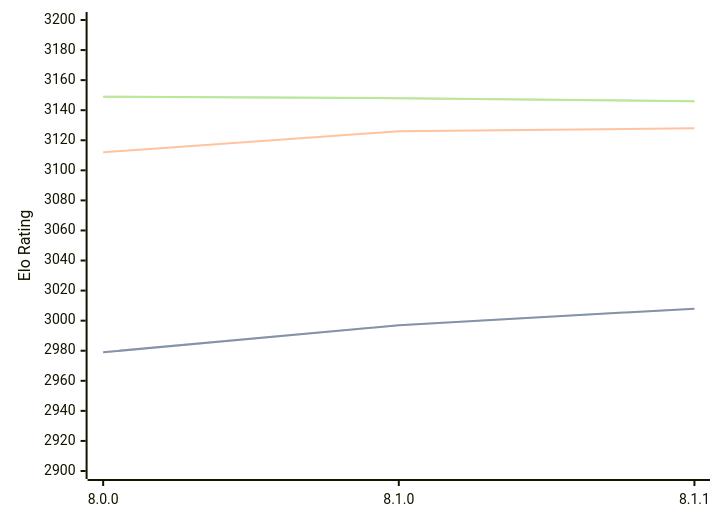
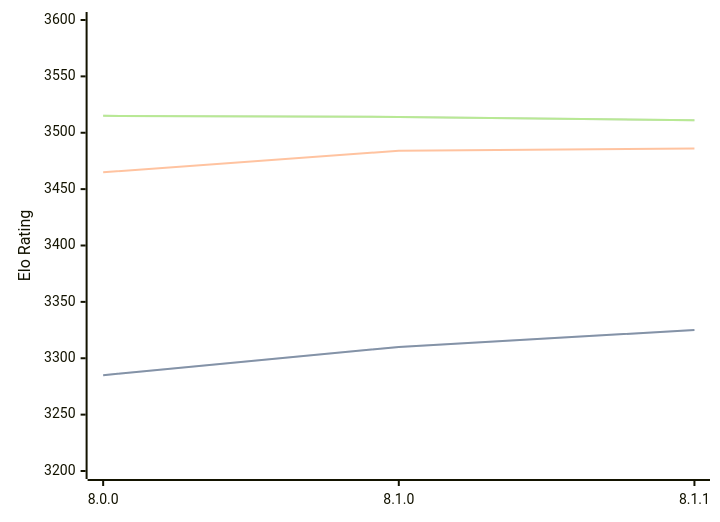
One commit to computer-chess-index/cci changed the diagram in engines/Velvet.md. Above: the diagram before and after it, drawn with Mermaid. The commit also changed other lines of this file, not shown here.

Commit message:
Update CCI Ratings (ELO VLTC) - 2026-02-24

````diff
--- a/engines/Velvet.md
+++ b/engines/Velvet.md
@@ -54,11 +55,11 @@
 ```mermaid
 %%{init: {"theme":"base","themeVariables":{"seriesColors:['#a3a3a3','#222221','#faa371']}}}%%
 xychart-beta
   x-axis ["8.0.0", "8.1.0", "8.1.1"]
-  y-axis "Elo Rating" 2900 --> 3200
-  line "STC (8.0+0.08s)" [2979, 2997, 3008]
-  line "STC (8.0+0.08s)" [2979, 2997, 3008]
-  line "LTC (60.0+0.60s)" [3112, 3126, 3128]
-  line "VLTC (2m24s+1.12s)" [3149, 3148, 3146]
-  line "VLTC (2m24s+1.12s)" [3149, 3148, 3146]
+  y-axis "Elo Rating" 3200 --> 3600
+  line "STC (8.0+0.08s)" [3285, 3310, 3325]
+  line "STC (8.0+0.08s)" [3285, 3310, 3325]
+  line "LTC (60.0+0.60s)" [3465, 3484, 3486]
+  line "VLTC (2m24s+1.12s)" [3515, 3514, 3511]
+  line "VLTC (2m24s+1.12s)" [3515, 3514, 3511]
 ```
````
